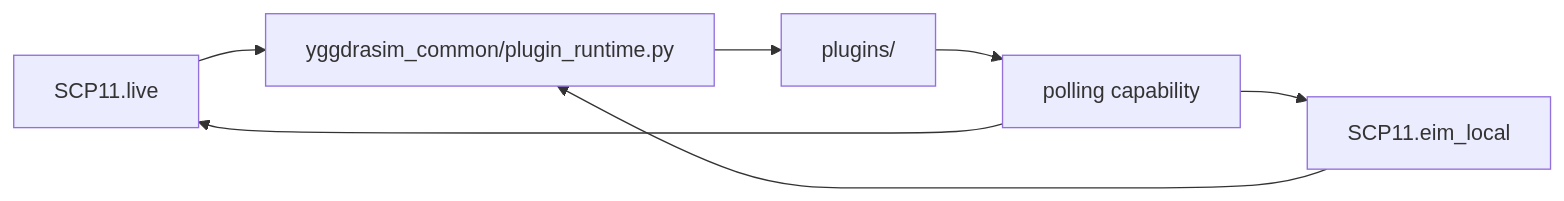
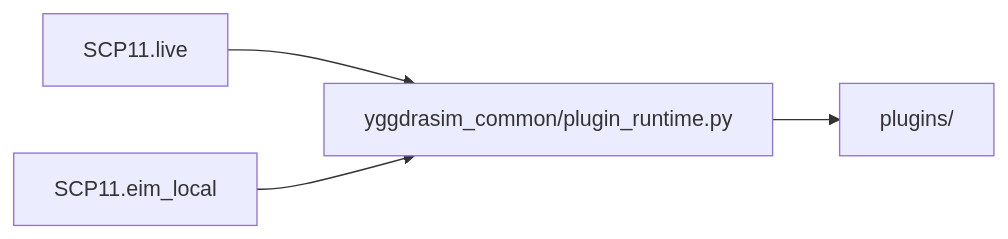
The eighth of 12 diagrams in guides/ARCHITECTURE.md (1oT/YggdraSIM), drawn with Mermaid before and after one commit. The commit also changed other lines of this file and 1036 other files, not shown here.

````diff
--- a/guides/ARCHITECTURE.md
+++ b/guides/ARCHITECTURE.md
@@ -406,9 +409,6 @@
 ```mermaid
 flowchart LR
     Live["SCP11.live"] --> PluginRuntime["yggdrasim_common/plugin_runtime.py"]
     EimLocal["SCP11.eim_local"] --> PluginRuntime
     PluginRuntime --> Plugins["plugins/"]
-    Plugins --> Polling["polling capability"]
-    Polling --> Live
-    Polling --> EimLocal
 ```
````
